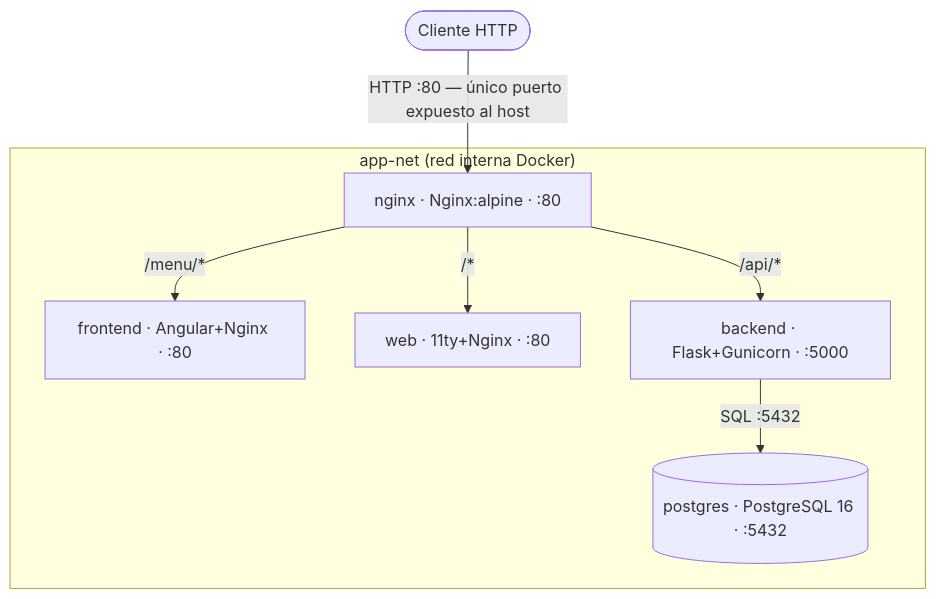
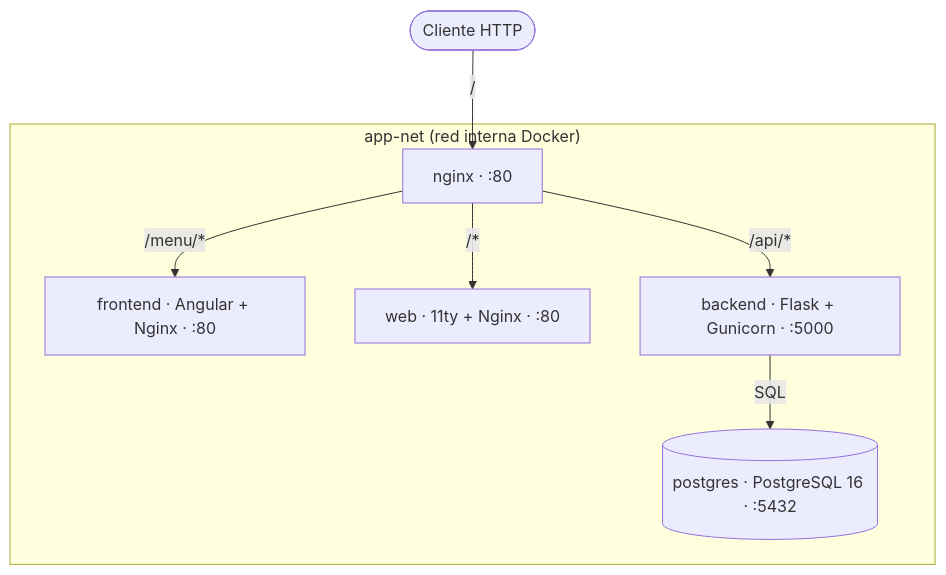
The diagram in README.md (sdurutr436/stay-sidekick), drawn with Mermaid before and after one commit. The commit also changed other lines of this file and 9 other files, not shown here.

````diff
--- a/README.md
+++ b/README.md
@@ -25,18 +33,18 @@
 ```mermaid
 graph TD
     Cliente(["Cliente HTTP"])
 
-    subgraph app-net["app-net (red interna Docker)"]
-        Nginx["nginx · Nginx:alpine · :80"]
-        Frontend["frontend · Angular+Nginx · :80"]
-        Web["web · 11ty+Nginx · :80"]
-        Backend["backend · Flask+Gunicorn · :5000"]
+    subgraph app_net["app-net (red interna Docker)"]
+        Nginx["nginx · :80"]
+        Frontend["frontend · Angular + Nginx · :80"]
+        Web["web · 11ty + Nginx · :80"]
+        Backend["backend · Flask + Gunicorn · :5000"]
         Postgres[("postgres · PostgreSQL 16 · :5432")]
     end
 
-    Cliente -->|"HTTP :80 — único puerto expuesto al host"| Nginx
+    Cliente -->|"/"| Nginx
     Nginx -->|"/api/*"| Backend
     Nginx -->|"/menu/*"| Frontend
     Nginx -->|"/*"| Web
-    Backend -->|"SQL :5432"| Postgres
+    Backend -->|"SQL"| Postgres
 ```
````
